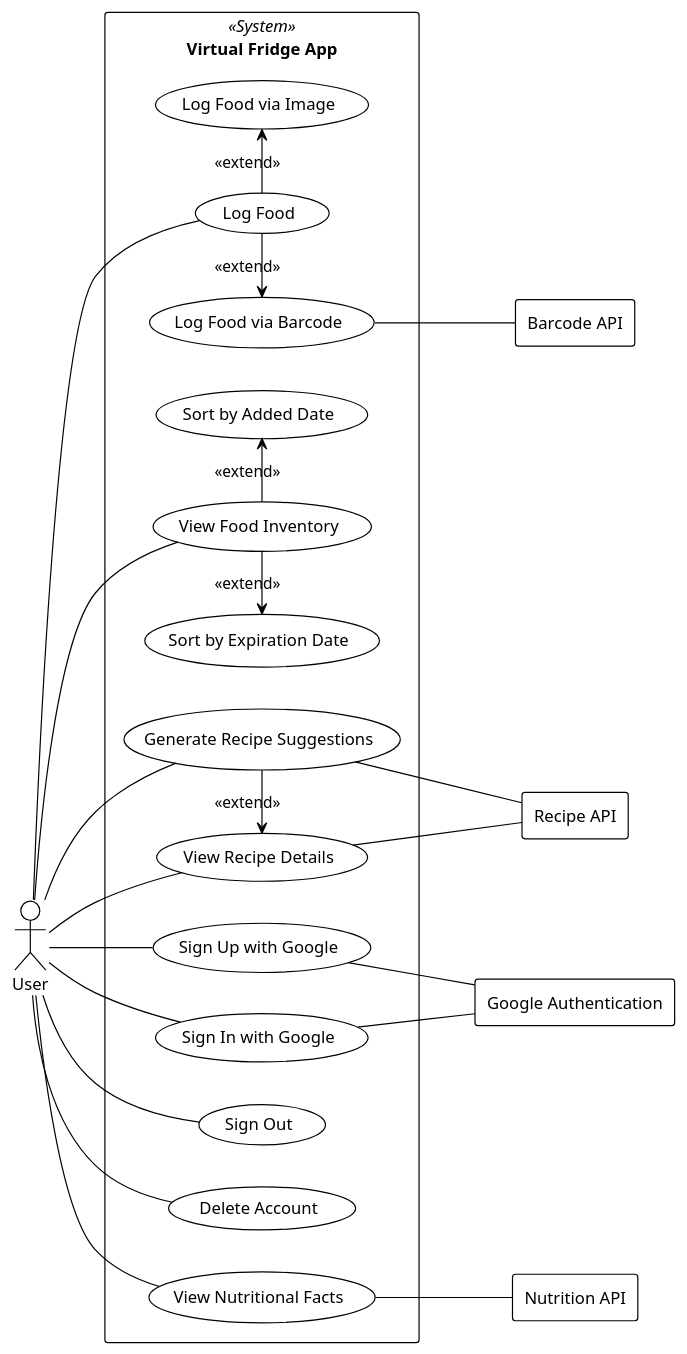
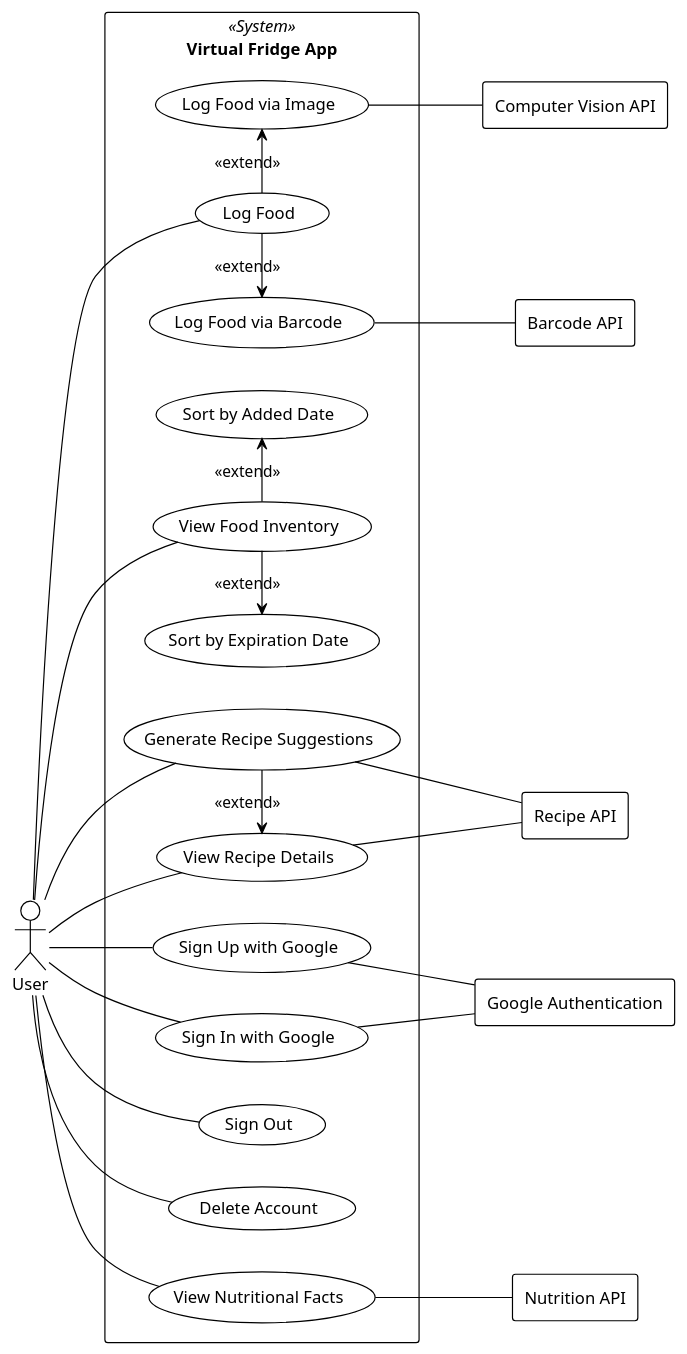
One commit to virtualfridge/virtualfridge changed the diagram in documentation/diagrams/usecase.plantuml. Above: the diagram before and after it, drawn with PlantUML.

Commit message:
Add Computer Vision API to use case diagram

```diff
--- a/documentation/diagrams/usecase.plantuml
+++ b/documentation/diagrams/usecase.plantuml
@@ -1,64 +1,67 @@
 @startuml
 !theme plain
 left to right direction
 
 actor User
 
 rectangle "Virtual Fridge App" << System >> {
   ' ==== Authentication ====
   usecase signUp as "Sign Up with Google"
   usecase signIn as "Sign In with Google"
   usecase signOut as "Sign Out"
   usecase deleteAccount as "Delete Account"
 
   ' ==== Logging Food ====
   usecase logFood as "Log Food"
   usecase logBarcode as "Log Food via Barcode"
   usecase logImage as "Log Food via Image"
 '   usecase logList as "Log Food via Pre-Made List"
 
   ' ==== Viewing Food ====
   usecase viewInventory as "View Food Inventory"
   usecase sortExp as "Sort by Expiration Date"
   usecase sortAdded as "Sort by Added Date"
 
   ' ==== Recipes & Nutrition ====
   usecase genRecipes as "Generate Recipe Suggestions"
   usecase viewRecipe as "View Recipe Details"
   usecase viewNutrition as "View Nutritional Facts"
 
   ' ==== Relationships (moved to right side) ====
   logFood -left-> logBarcode : <<extend>>
   logFood -right-> logImage : <<extend>>
 
   viewInventory -left-> sortExp : <<extend>>
   viewInventory -right-> sortAdded : <<extend>>
   genRecipes -right-> viewRecipe : <<extend>>
 }
 
 ' ==== External APIs (RHS) ====
 rectangle googleAuth as "Google Authentication"
 rectangle barcodeApi as "Barcode API"
 rectangle recipeApi as "Recipe API"
 rectangle nutritionApi as "Nutrition API"
+rectangle ComputerVisionAPI as "Computer Vision API"
+
 
 ' ==== User connections ====
 User -- signUp
 User -- signIn
 User -- signOut
 User -- deleteAccount
 User -- logFood
 User -- viewInventory
 User -- genRecipes
 User -- viewRecipe
 User -- viewNutrition
 
 ' ==== API connections ====
 signUp -- googleAuth
 signIn -- googleAuth
 logBarcode -- barcodeApi
 genRecipes -- recipeApi
 viewRecipe -- recipeApi
 viewNutrition -- nutritionApi
+logImage -- ComputerVisionAPI
 
 @enduml
```
